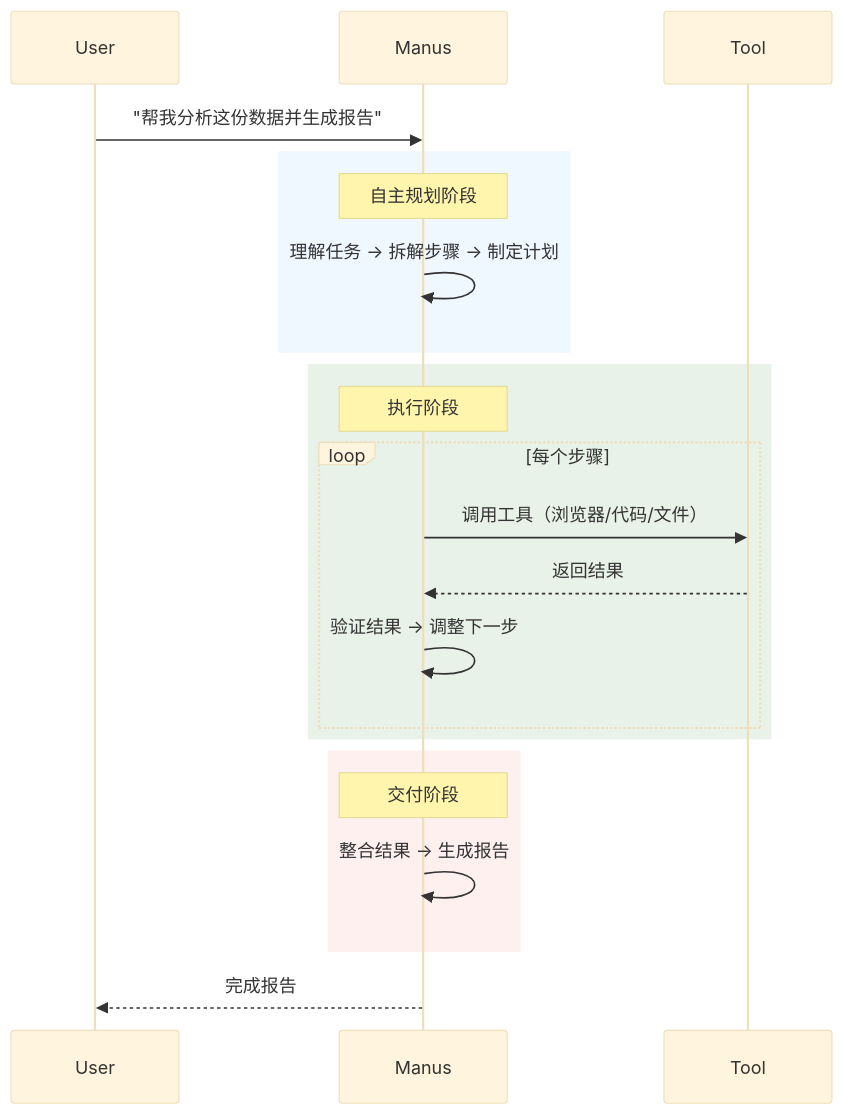
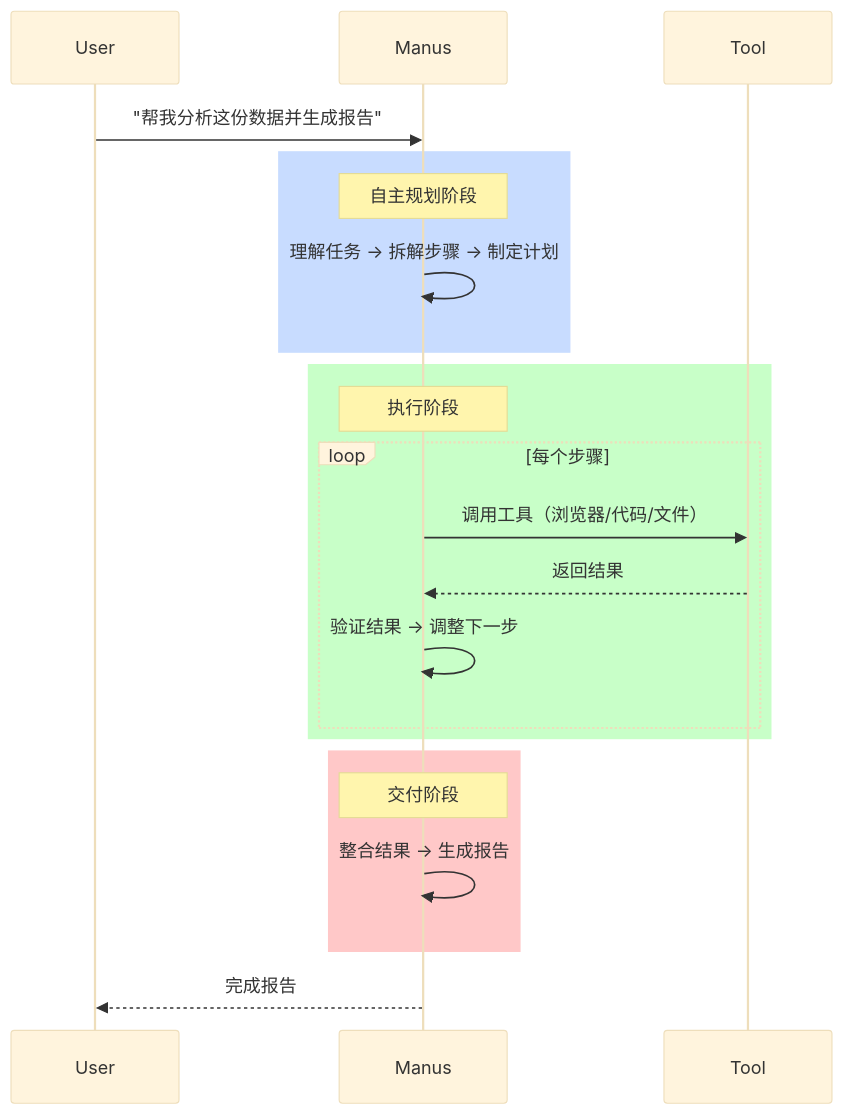
One commit to FreezeSoul/freezesoul.github.com changed the sixth of 11 diagrams in _posts/2026-03-01-openclaw-agent-gateway.md. Above: the diagram before and after it, drawn with Mermaid (base theme).

Commit message:
fix: 优化Manus工作图区块颜色

````diff
--- a/_posts/2026-03-01-openclaw-agent-gateway.md
+++ b/_posts/2026-03-01-openclaw-agent-gateway.md
@@ -303,25 +303,25 @@
 ```mermaid
 sequenceDiagram
     User->>Manus: "帮我分析这份数据并生成报告"
     
-    rect rgb(240, 248, 255)
+    rect rgb(200, 220, 255)
         Note over Manus: 自主规划阶段
         Manus->>Manus: 理解任务 → 拆解步骤 → 制定计划
     end
     
-    rect rgb(232, 242, 232)
+    rect rgb(200, 255, 200)
         Note over Manus: 执行阶段
         loop 每个步骤
             Manus->>Tool: 调用工具（浏览器/代码/文件）
             Tool-->>Manus: 返回结果
             Manus->>Manus: 验证结果 → 调整下一步
         end
     end
     
-    rect rgb(255, 240, 240)
+    rect rgb(255, 200, 200)
         Note over Manus: 交付阶段
         Manus->>Manus: 整合结果 → 生成报告
     end
     
     Manus-->>User: 完成报告
 ```
````
